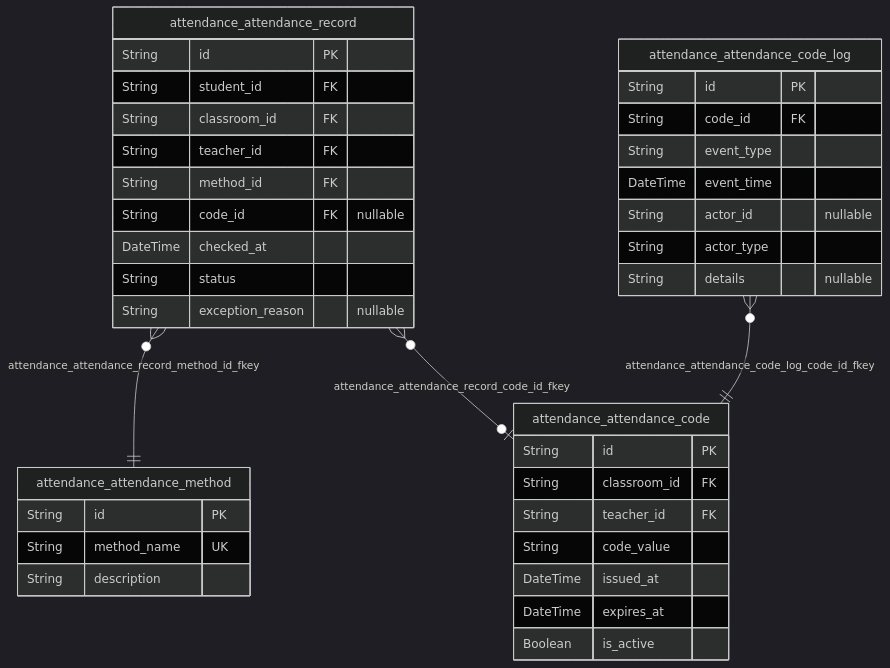
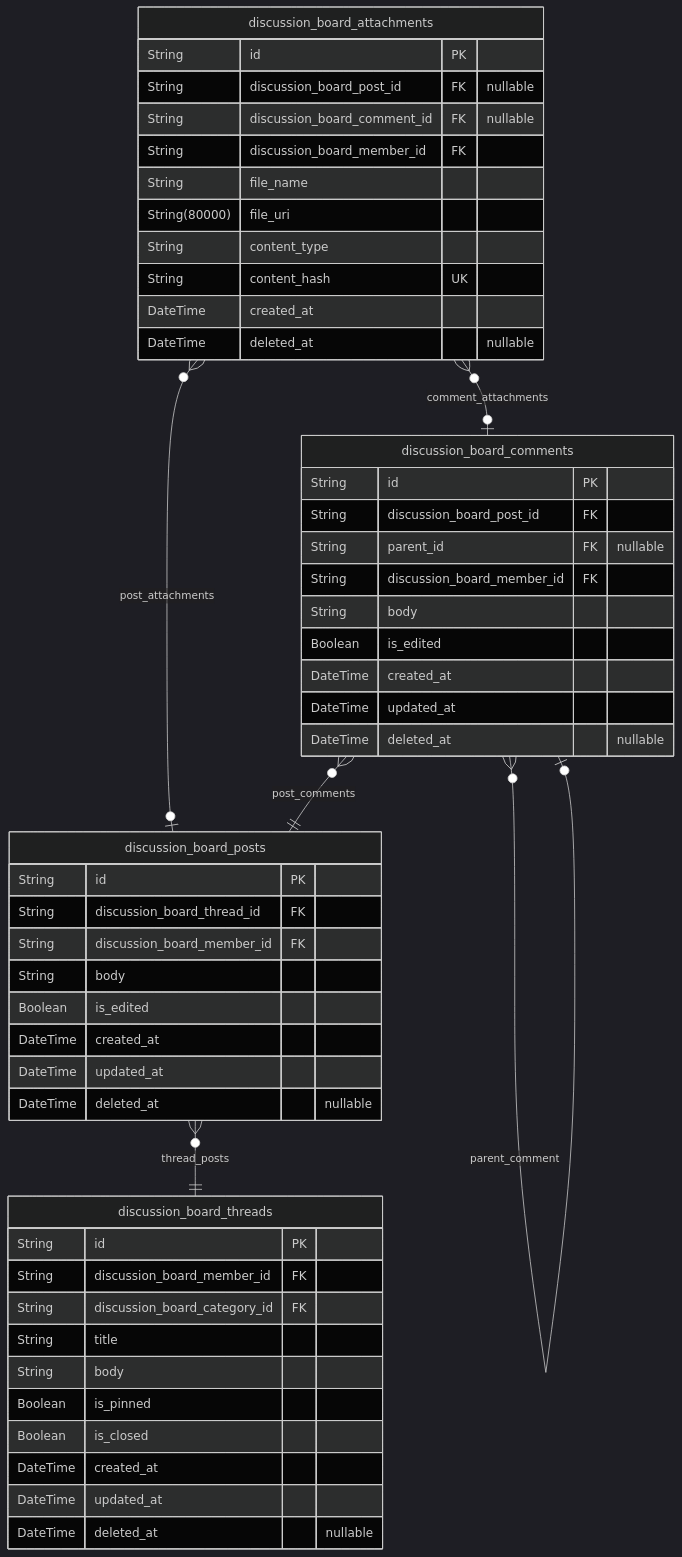
The third of 8 diagrams in docs/ERD.md (wrtnlabs/autobe-example-bbs-openai-gpt-4.1), drawn with Mermaid (dark theme) before and after one commit. The commit also changed other lines of this file and 667 other files, not shown here.

````diff
--- a/docs/ERD.md
+++ b/docs/ERD.md
@@ -256,40 +184,53 @@
 ```mermaid
 erDiagram
-"attendance_attendance_record" {
+"discussion_board_threads" {
   String id PK
-  String student_id FK
-  String classroom_id FK
-  String teacher_id FK
-  String method_id FK
-  String code_id FK "nullable"
-  DateTime checked_at
-  String status
-  String exception_reason "nullable"
+  String discussion_board_member_id FK
+  String discussion_board_category_id FK
+  String title
+  String body
+  Boolean is_pinned
+  Boolean is_closed
+  DateTime created_at
+  DateTime updated_at
+  DateTime deleted_at "nullable"
 }
-"attendance_attendance_code" {
+"discussion_board_posts" {
   String id PK
-  String classroom_id FK
-  String teacher_id FK
-  String code_value
-  DateTime issued_at
-  DateTime expires_at
-  Boolean is_active
+  String discussion_board_thread_id FK
+  String discussion_board_member_id FK
+  String body
+  Boolean is_edited
+  DateTime created_at
+  DateTime updated_at
+  DateTime deleted_at "nullable"
 }
-"attendance_attendance_code_log" {
+"discussion_board_comments" {
   String id PK
-  String code_id FK
-  String event_type
-  DateTime event_time
-  String actor_id "nullable"
-  String actor_type
-  String details "nullable"
+  String discussion_board_post_id FK
+  String parent_id FK "nullable"
+  String discussion_board_member_id FK
+  String body
+  Boolean is_edited
+  DateTime created_at
+  DateTime updated_at
+  DateTime deleted_at "nullable"
 }
-"attendance_attendance_method" {
+"discussion_board_attachments" {
   String id PK
-  String method_name UK
-  String description
+  String discussion_board_post_id FK "nullable"
+  String discussion_board_comment_id FK "nullable"
+  String discussion_board_member_id FK
+  String file_name
+  String(80000) file_uri
+  String content_type
+  String content_hash UK
+  DateTime created_at
+  DateTime deleted_at "nullable"
 }
-"attendance_attendance_record" }o--|| "attendance_attendance_method" : attendance_attendance_record_method_id_fkey
-"attendance_attendance_record" }o--o| "attendance_attendance_code" : attendance_attendance_record_code_id_fkey
-"attendance_attendance_code_log" }o--|| "attendance_attendance_code" : attendance_attendance_code_log_code_id_fkey
+"discussion_board_posts" }o--|| "discussion_board_threads" : thread_posts
+"discussion_board_comments" }o--|| "discussion_board_posts" : post_comments
+"discussion_board_comments" }o--o| "discussion_board_comments" : parent_comment
+"discussion_board_attachments" }o--o| "discussion_board_posts" : post_attachments
+"discussion_board_attachments" }o--o| "discussion_board_comments" : comment_attachments
 ```
````
